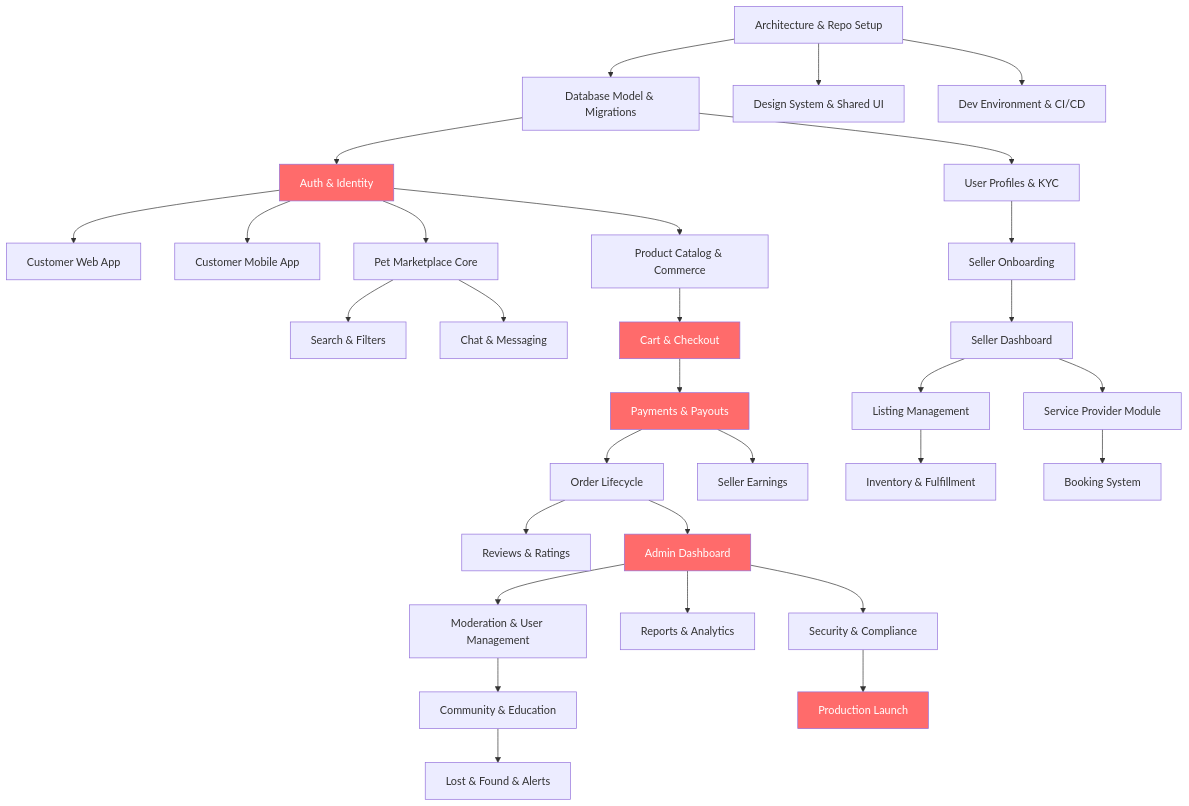
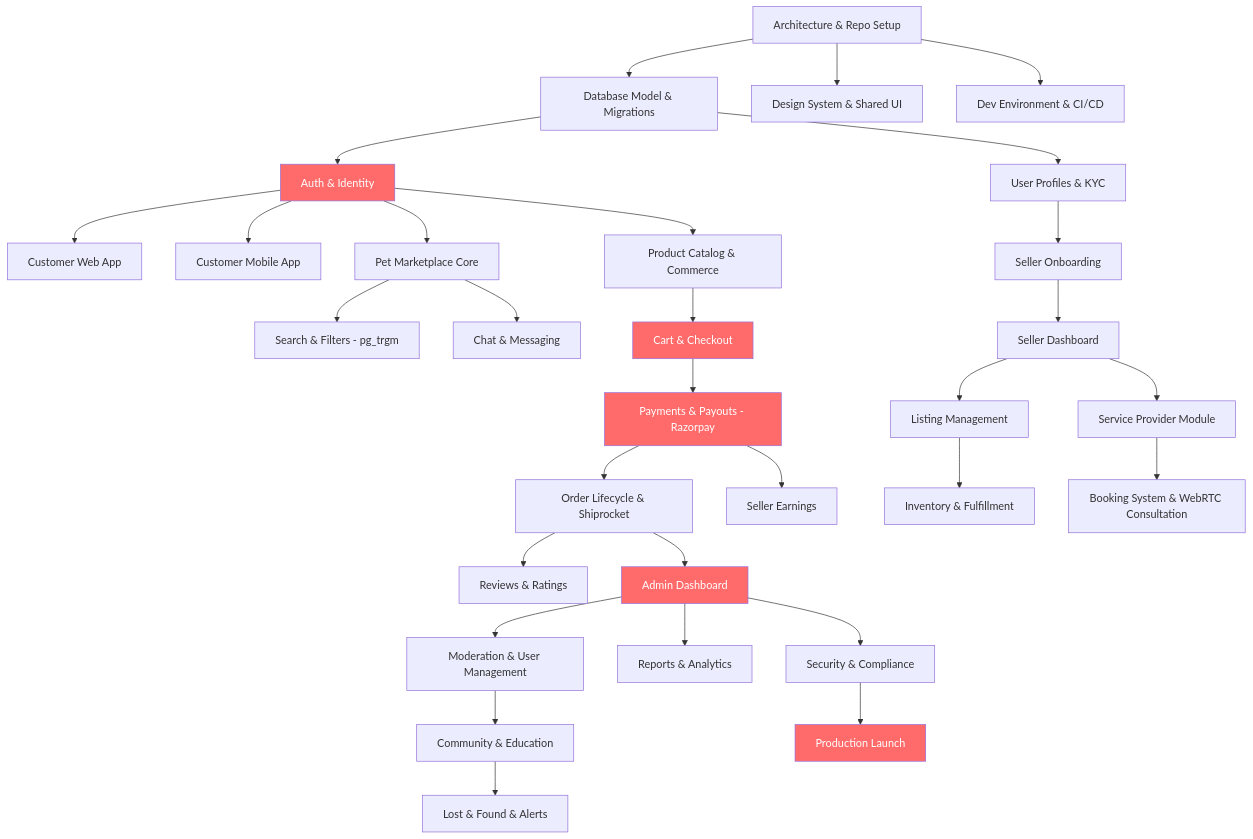
One commit to sudarsan-22/PetZonic changed the diagram in docs/06-project-roadmap/dependencies.md. Above: the diagram before and after it, drawn with Mermaid. The commit also changed other lines of this file and 13 other files, not shown here.

Commit message:
docs: finalize alignment of coding standards, integrations, roadmap, and runbooks with Express 5 & pg_trgm

````diff
--- a/docs/06-project-roadmap/dependencies.md
+++ b/docs/06-project-roadmap/dependencies.md
@@ -11,43 +11,43 @@
 ```mermaid
 graph TD
     A[Architecture & Repo Setup] --> B[Database Model & Migrations]
     A --> C[Design System & Shared UI]
     A --> D[Dev Environment & CI/CD]
 
     B --> E[Auth & Identity]
     B --> F[User Profiles & KYC]
     E --> G[Customer Web App]
     E --> H[Customer Mobile App]
     F --> I[Seller Onboarding]
 
     E --> J[Pet Marketplace Core]
     E --> K[Product Catalog & Commerce]
-    J --> L[Search & Filters]
+    J --> L[Search & Filters - pg_trgm]
     K --> M[Cart & Checkout]
-    M --> N[Payments & Payouts]
-    N --> O[Order Lifecycle]
+    M --> N[Payments & Payouts - Razorpay]
+    N --> O[Order Lifecycle & Shiprocket]
     J --> P[Chat & Messaging]
     O --> Q[Reviews & Ratings]
 
     I --> R[Seller Dashboard]
     R --> S[Listing Management]
     S --> T[Inventory & Fulfillment]
     N --> U[Seller Earnings]
 
     O --> V[Admin Dashboard]
     V --> W[Moderation & User Management]
     V --> X[Reports & Analytics]
 
     R --> Y[Service Provider Module]
-    Y --> Z[Booking System]
+    Y --> Z[Booking System & WebRTC Consultation]
     W --> AA[Community & Education]
     AA --> AB[Lost & Found & Alerts]
     V --> AC[Security & Compliance]
     AC --> AD[Production Launch]
 
     style E fill:#ff6b6b,color:#fff
     style M fill:#ff6b6b,color:#fff
     style N fill:#ff6b6b,color:#fff
     style V fill:#ff6b6b,color:#fff
     style AD fill:#ff6b6b,color:#fff
 ```
````
